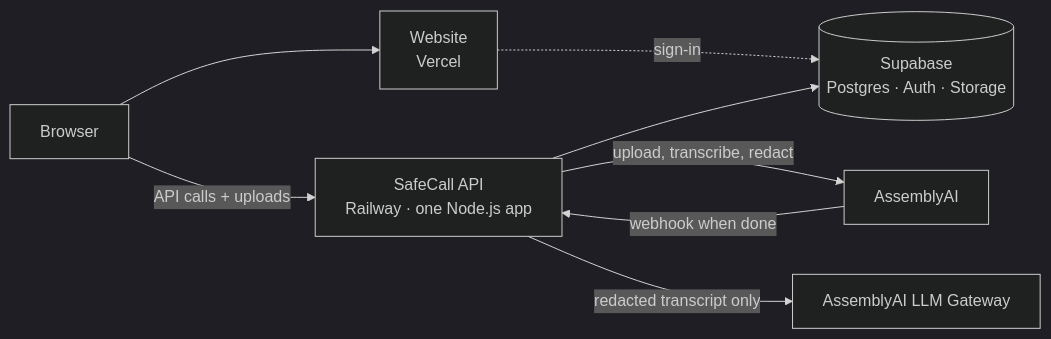
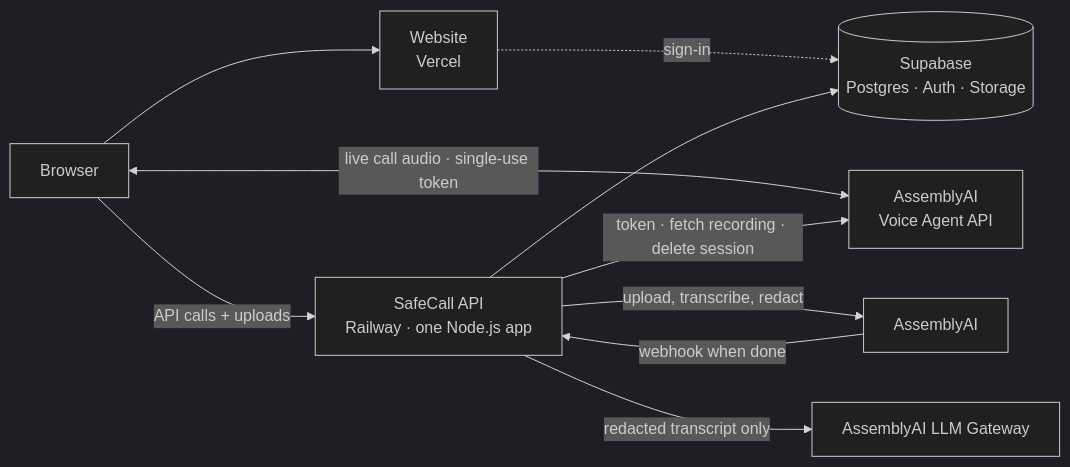
Before and after one commit to Chong1120/Endpointing: the first of 3 diagrams in docs/architecture.md, drawn with Mermaid (dark theme). The commit also changed other lines of this file and 24 other files, not shown here.

First line of the commit message:
Add the live agent: an AI voice agent on AssemblyAI's Voice Agent API

````diff
--- a/docs/architecture.md
+++ b/docs/architecture.md
@@ -7,10 +7,12 @@
 ```mermaid
 flowchart LR
   U[Browser] --> FE[Website<br/>Vercel]
   U -->|API calls + uploads| API[SafeCall API<br/>Railway · one Node.js app]
+  U <-->|live call audio · single-use token| VA[AssemblyAI<br/>Voice Agent API]
   FE -. sign-in .-> SB
+  API -->|token · fetch recording · delete session| VA
   API -->|upload, transcribe, redact| AAI[AssemblyAI]
   AAI -->|webhook when done| API
   API -->|redacted transcript only| LLM[AssemblyAI LLM Gateway]
   API --> SB[(Supabase<br/>Postgres · Auth · Storage)]
 ```
````
